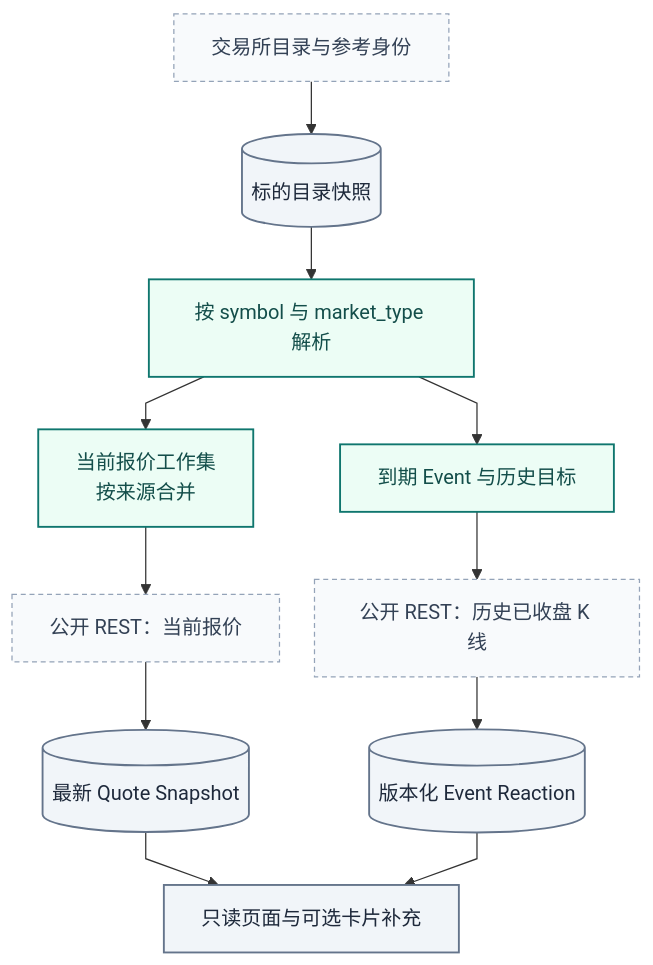
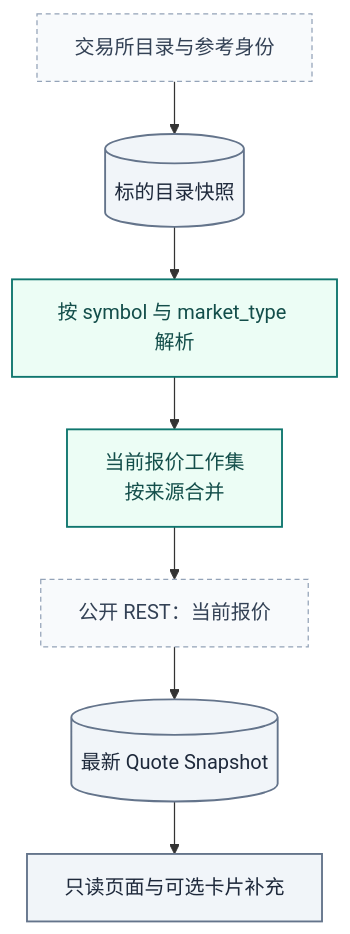
The diagram in docs/modules/market-review.md (AnalyThothAI/tracefold), drawn with Mermaid before and after one commit. The commit also changed other lines of this file and 120 other files, not shown here.

````diff
--- a/docs/modules/market-review.md
+++ b/docs/modules/market-review.md
@@ -47,32 +45,28 @@
 ```mermaid
 ---
 config:
   fontFamily: "system-ui, Noto Sans CJK SC, Microsoft YaHei, WenQuanYi Zen Hei, sans-serif"
   flowchart:
     curve: linear
     nodeSpacing: 28
     rankSpacing: 42
 ---
 flowchart TB
-    accTitle: 目录、报价与价格反应
-    accDescr: 类型化目录分别解析当前报价工作集和到期历史目标；当前 REST 报价形成最新快照，历史已收盘 K 线形成版本化 Event Reaction。
+    accTitle: 目录与当前报价
+    accDescr: 类型化目录解析当前报价工作集；当前 REST 报价形成最新快照。
     Catalog["交易所目录与参考身份"] --> Instruments[("标的目录快照")]
     Instruments --> Resolve["按 symbol 与 market_type 解析"]
     Resolve --> QPlan["当前报价工作集<br/>按来源合并"]
-    Resolve --> RPlan["到期 Event 与历史目标"]
     QPlan --> Public["公开 REST：当前报价"]
-    RPlan --> History["公开 REST：历史已收盘 K 线"]
     Public --> Quotes[("最新 Quote Snapshot")]
-    History --> Reaction[("版本化 Event Reaction")]
     Quotes --> UI["只读页面与可选卡片补充"]
-    Reaction --> UI
 
     classDef news fill:#ecfdf5,stroke:#0f766e,color:#134e4a,stroke-width:1.5px
     classDef research fill:#eef2ff,stroke:#6366f1,color:#312e81,stroke-width:1.5px
     classDef execution fill:#fff7ed,stroke:#c2410c,color:#7c2d12,stroke-width:1.5px
     classDef store fill:#f1f5f9,stroke:#64748b,color:#1e293b,stroke-width:1.5px
     classDef external fill:#f8fafc,stroke:#94a3b8,color:#334155,stroke-dasharray:4 3
-class Catalog,Public,History external;
-class Instruments,Quotes,Reaction,UI store;
-class Resolve,QPlan,RPlan news;
+class Catalog,Public external;
+class Instruments,Quotes,UI store;
+class Resolve,QPlan news;
 ```
````
